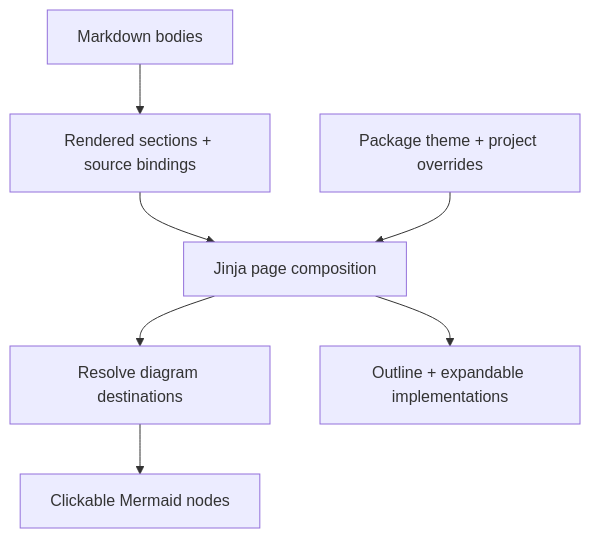
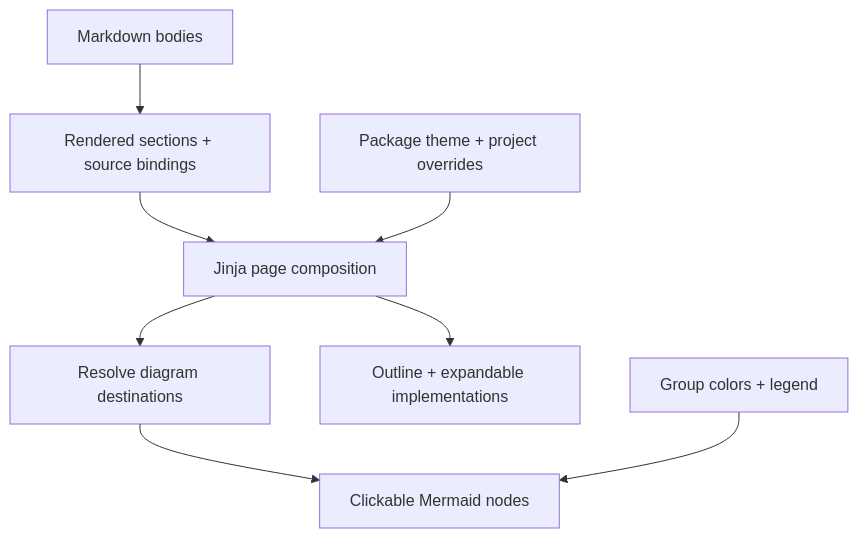
The diagram in codewiki/wiki/renderer.md (Lizhou31/codewiki), drawn with Mermaid before and after one commit. The commit also changed other lines of this file and 64 other files, not shown here.

First line of the commit message:
Add semantic diagram colors, code labels, captions, and SVG figures (#5)

````diff
--- a/codewiki/wiki/renderer.md
+++ b/codewiki/wiki/renderer.md
@@ -43,9 +45,10 @@
 ```mermaid
 flowchart TB
   markdown["Markdown bodies"] --> model["Rendered sections + source bindings"]
   model --> publication["Jinja page composition"]
   theme["Package theme + project overrides"] --> publication
   publication --> navigation["Resolve diagram destinations"]
   navigation --> diagrams["Clickable Mermaid nodes"]
   publication --> reading["Outline + expandable implementations"]
+  groups["Group colors + legend"] --> diagrams
 ```
````
